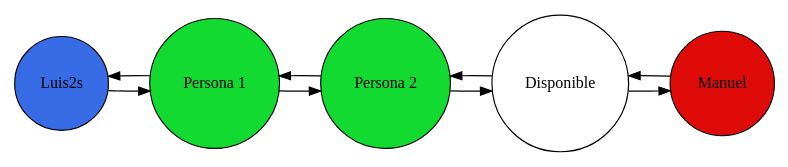
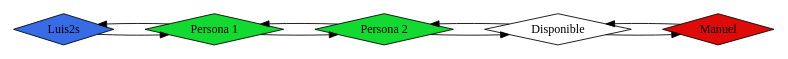
The diagram in Imagen_Reporte.gv (bram814/-LFP-Proyecto2_201800937), drawn with Graphviz before and after one commit. The commit also changed 9 other files, not shown here.

```diff
--- a/Imagen_Reporte.gv
+++ b/Imagen_Reporte.gv
@@ -1,17 +1,17 @@
 digraph Imagen_Reporte {
 	rankdir=LR size="8,5"
-	node [shape=circle]
+	node [shape=diamond]
 	Luis2s [fillcolor="#376ce6" style=filled]
 	"Persona 1" [fillcolor="#13da30" style=filled]
 	"Persona 2" [fillcolor="#13da30" style=filled]
 	Disponible [fillcolor="#ffffff" style=filled]
 	Manuel [fillcolor="#df0b09" style=filled]
 	Luis2s -> "Persona 1" [label=""]
 	"Persona 1" -> Luis2s [label=""]
 	"Persona 1" -> "Persona 2" [label=""]
 	"Persona 2" -> "Persona 1" [label=""]
 	"Persona 2" -> Disponible [label=""]
 	Disponible -> "Persona 2" [label=""]
 	Disponible -> Manuel [label=""]
 	Manuel -> Disponible [label=""]
 }
```
